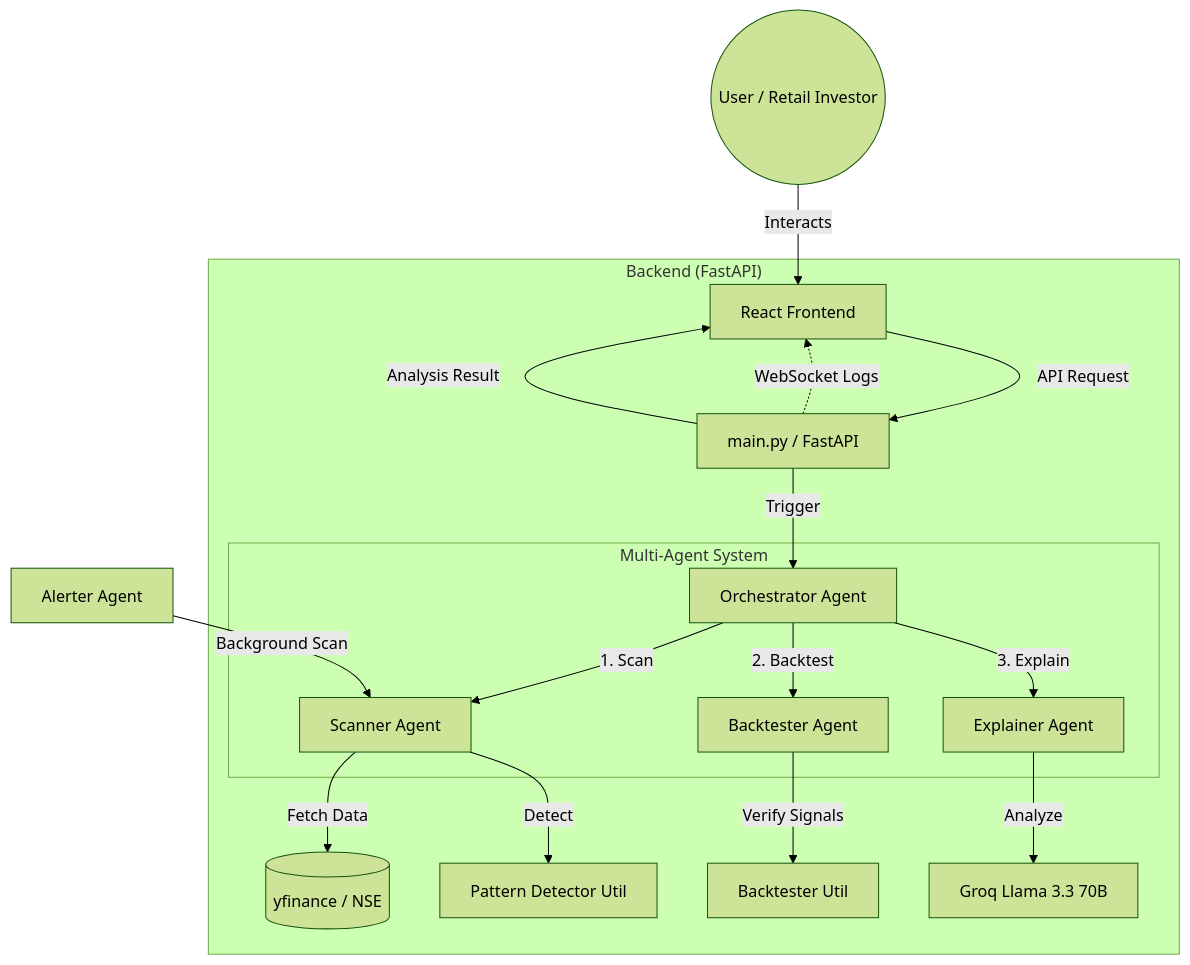
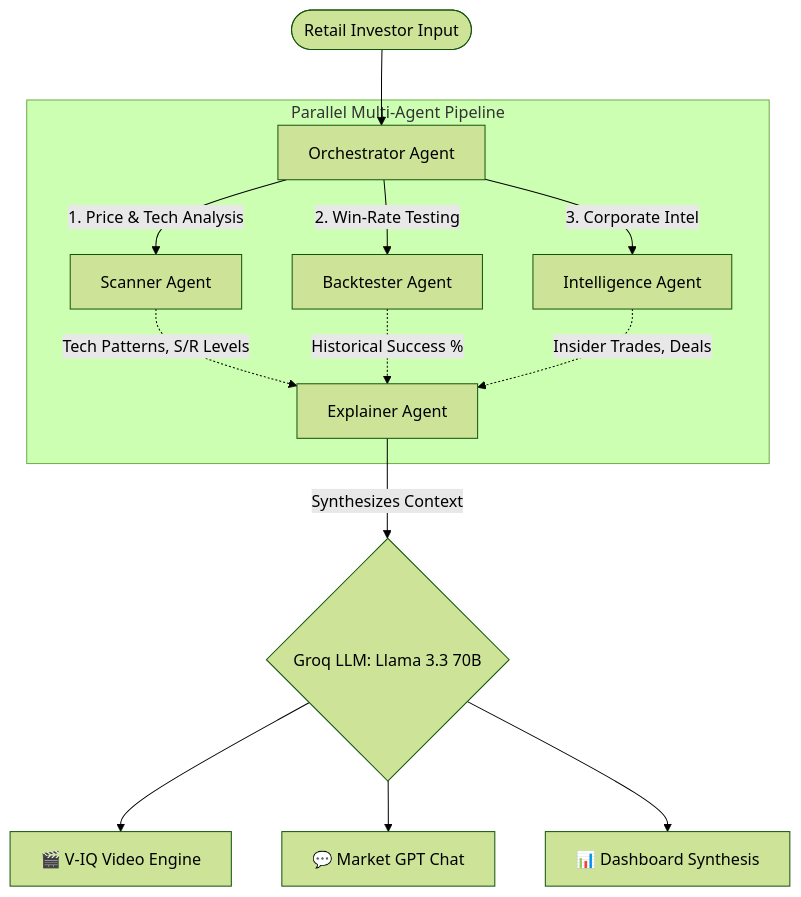
The diagram in README.md (janhavinaidu/GenAI), drawn with Mermaid (forest theme) before and after one commit. The commit also changed other lines of this file, not shown here.

````diff
--- a/README.md
+++ b/README.md
@@ -20,27 +42,20 @@
 ```mermaid
 graph TD
-    User((User / Retail Investor)) -->|Interacts| Frontend[React Frontend]
+    User([Retail Investor Input]) --> ORCH[Orchestrator Agent]
     
-    subgraph "Backend (FastAPI)"
-        Frontend -->|API Request| main[main.py / FastAPI]
-        main -->|Trigger| Orchestrator[Orchestrator Agent]
+    subgraph Parallel Multi-Agent Pipeline
+        ORCH -->|1. Price & Tech Analysis| SCAN[Scanner Agent]
+        ORCH -->|2. Win-Rate Testing| BACK[Backtester Agent]
+        ORCH -->|3. Corporate Intel| INTEL[Intelligence Agent]
         
-        subgraph "Multi-Agent System"
-            Orchestrator -->|1. Scan| Scanner[Scanner Agent]
-            Orchestrator -->|2. Backtest| Backtester[Backtester Agent]
-            Orchestrator -->|3. Explain| Explainer[Explainer Agent]
-        end
-        
-        Scanner -->|Fetch Data| YFinance[(yfinance / NSE)]
-        Scanner -->|Detect| PatternLogic[Pattern Detector Util]
-        
-        Backtester -->|Verify Signals| BacktesterUtil[Backtester Util]
-        
-        Explainer -->|Analyze| LLM[Groq Llama 3.3 70B]
+        SCAN -.->|Tech Patterns, S/R Levels| EXP
+        BACK -.->|Historical Success %| EXP
+        INTEL -.->|Insider Trades, Deals| EXP
     end
     
-    Alerter[Alerter Agent] -->|Background Scan| Scanner
+    EXP[Explainer Agent] -->|Synthesizes Context| LLM{Groq LLM: Llama 3.3 70B}
     
-    main -.->|WebSocket Logs| Frontend
-    main -->|Analysis Result| Frontend
+    LLM --> V[🎬 V-IQ Video Engine]
+    LLM --> M[💬 Market GPT Chat]
+    LLM --> D[📊 Dashboard Synthesis]
 ```
````
